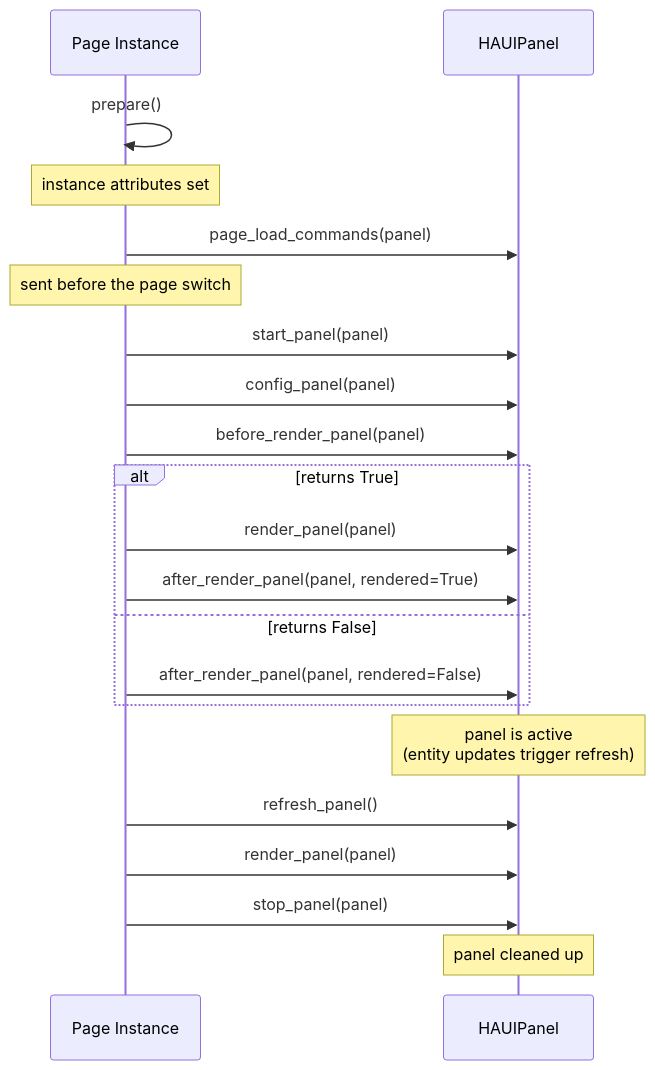
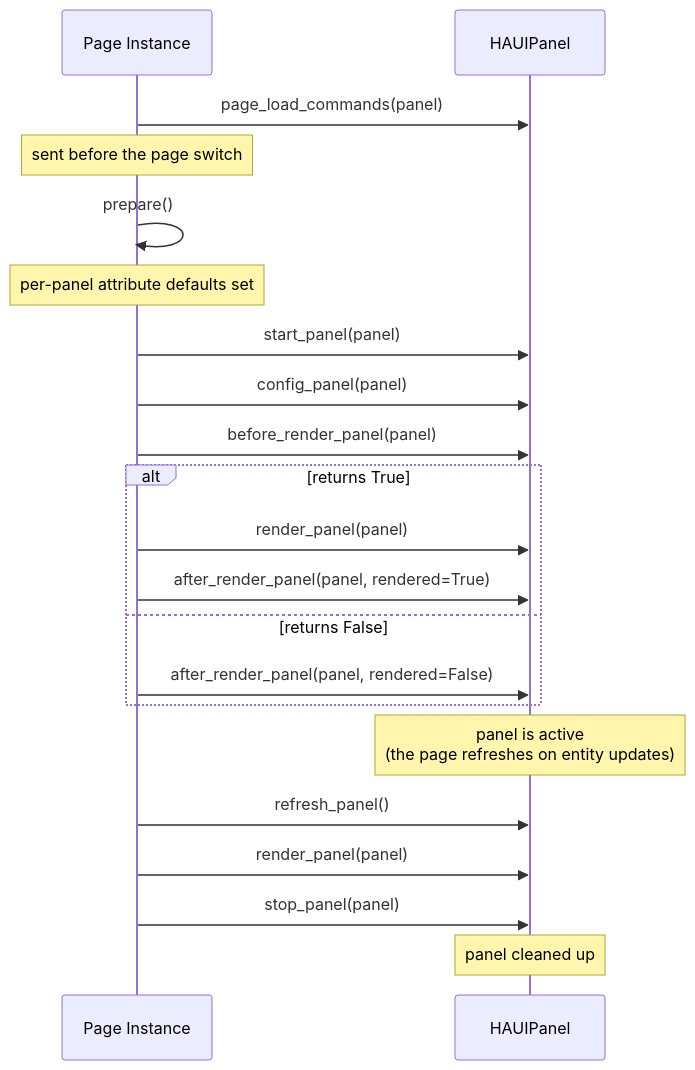
One commit to happydasch/nspanel_haui changed the diagram in docs/develop/hub.md. Above: the diagram before and after it, drawn with Mermaid. The commit also changed other lines of this file and 224 other files, not shown here.

````diff
--- a/docs/develop/hub.md
+++ b/docs/develop/hub.md
@@ -97,30 +99,30 @@
 ```mermaid
 sequenceDiagram
     participant Page as Page Instance
     participant Panel as HAUIPanel
 
-    Page->>Page: prepare()
-    Note over Page: instance attributes set
-
     Page->>Panel: page_load_commands(panel)
     Note over Page: sent before the page switch
+
+    Page->>Page: prepare()
+    Note over Page: per-panel attribute defaults set
 
     Page->>Panel: start_panel(panel)
     Page->>Panel: config_panel(panel)
 
     Page->>Panel: before_render_panel(panel)
     alt returns True
         Page->>Panel: render_panel(panel)
         Page->>Panel: after_render_panel(panel, rendered=True)
     else returns False
         Page->>Panel: after_render_panel(panel, rendered=False)
     end
 
-    Note over Panel: panel is active<br/>(entity updates trigger refresh)
+    Note over Panel: panel is active<br/>(the page refreshes on entity updates)
 
     Page->>Panel: refresh_panel()
     Page->>Panel: render_panel(panel)
 
     Page->>Panel: stop_panel(panel)
     Note over Panel: panel cleaned up
 ```
````
